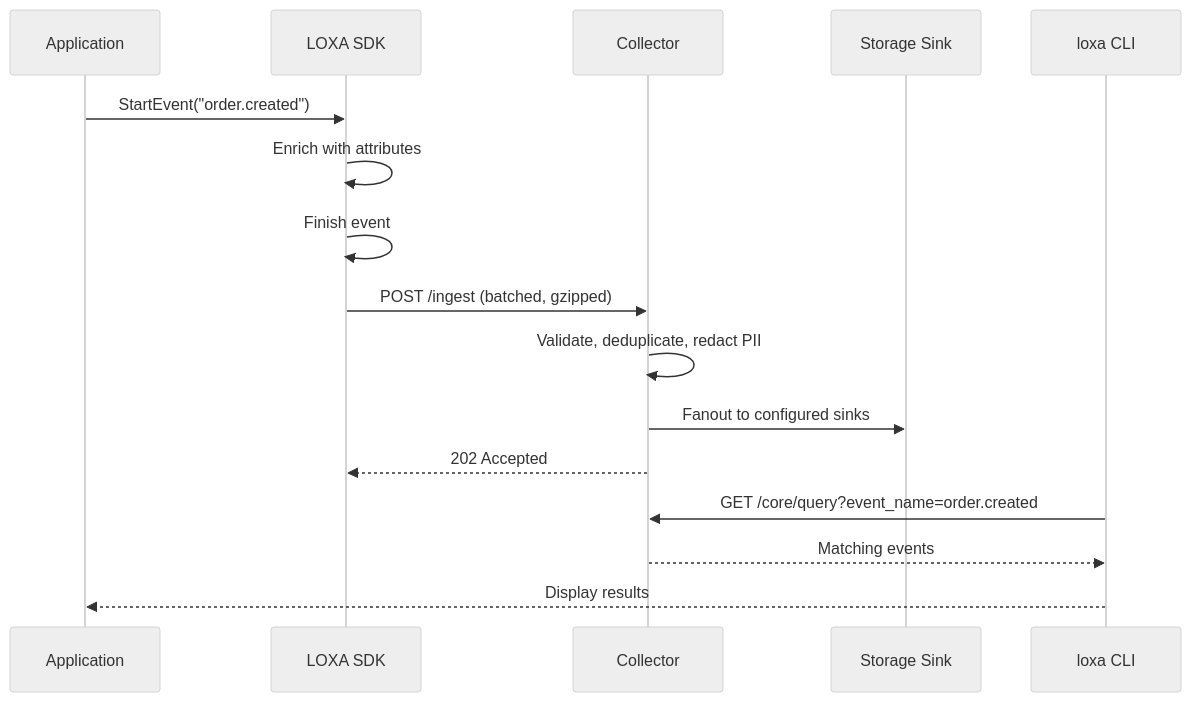
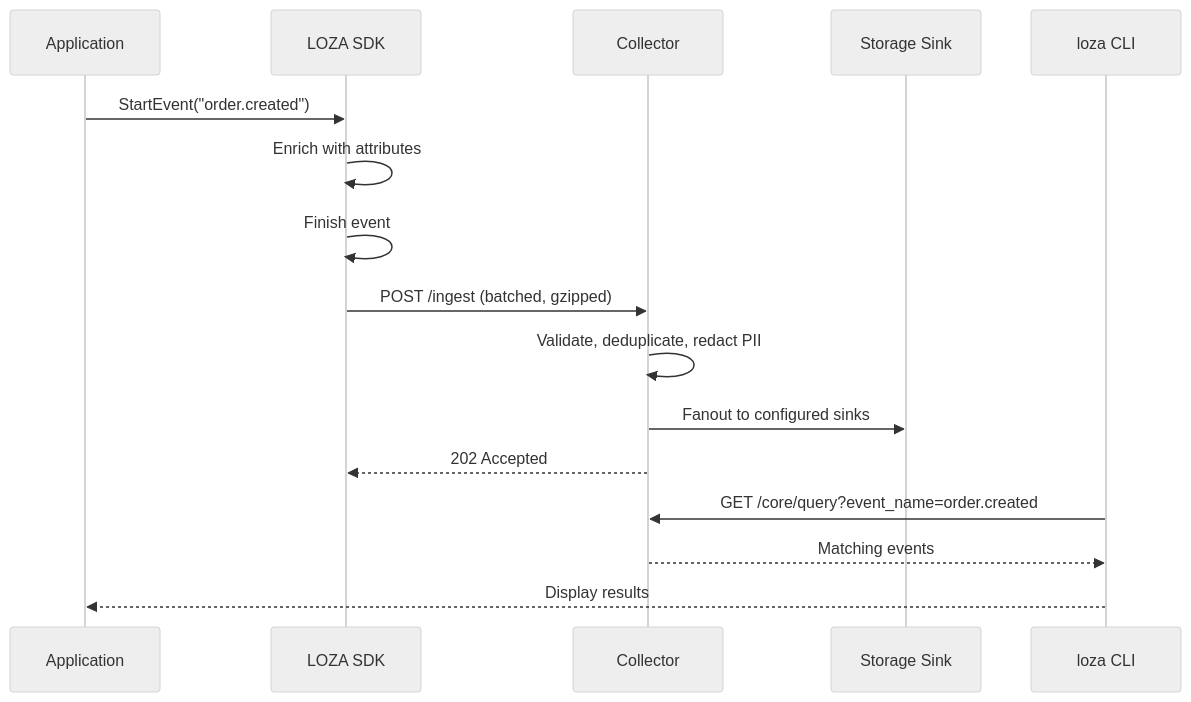
Before and after one commit to Astraive/loxa: the diagram in docs/getting-started.md, drawn with Mermaid (neutral theme). The commit also changed other lines of this file and 1108 other files, not shown here.

````diff
--- a/docs/getting-started.md
+++ b/docs/getting-started.md
@@ -27,19 +27,19 @@
 ```mermaid
 sequenceDiagram
     participant App as Application
-    participant SDK as LOXA SDK
+    participant SDK as LOZA SDK
     participant Collector as Collector
     participant Sink as Storage Sink
-    participant CLI as loxa CLI
+    participant CLI as loza CLI
 
     App->>SDK: StartEvent("order.created")
     SDK->>SDK: Enrich with attributes
     SDK->>SDK: Finish event
     SDK->>Collector: POST /ingest (batched, gzipped)
     Collector->>Collector: Validate, deduplicate, redact PII
     Collector->>Sink: Fanout to configured sinks
     Collector-->>SDK: 202 Accepted
     CLI->>Collector: GET /core/query?event_name=order.created
     Collector-->>CLI: Matching events
     CLI-->>App: Display results
 ```
````
